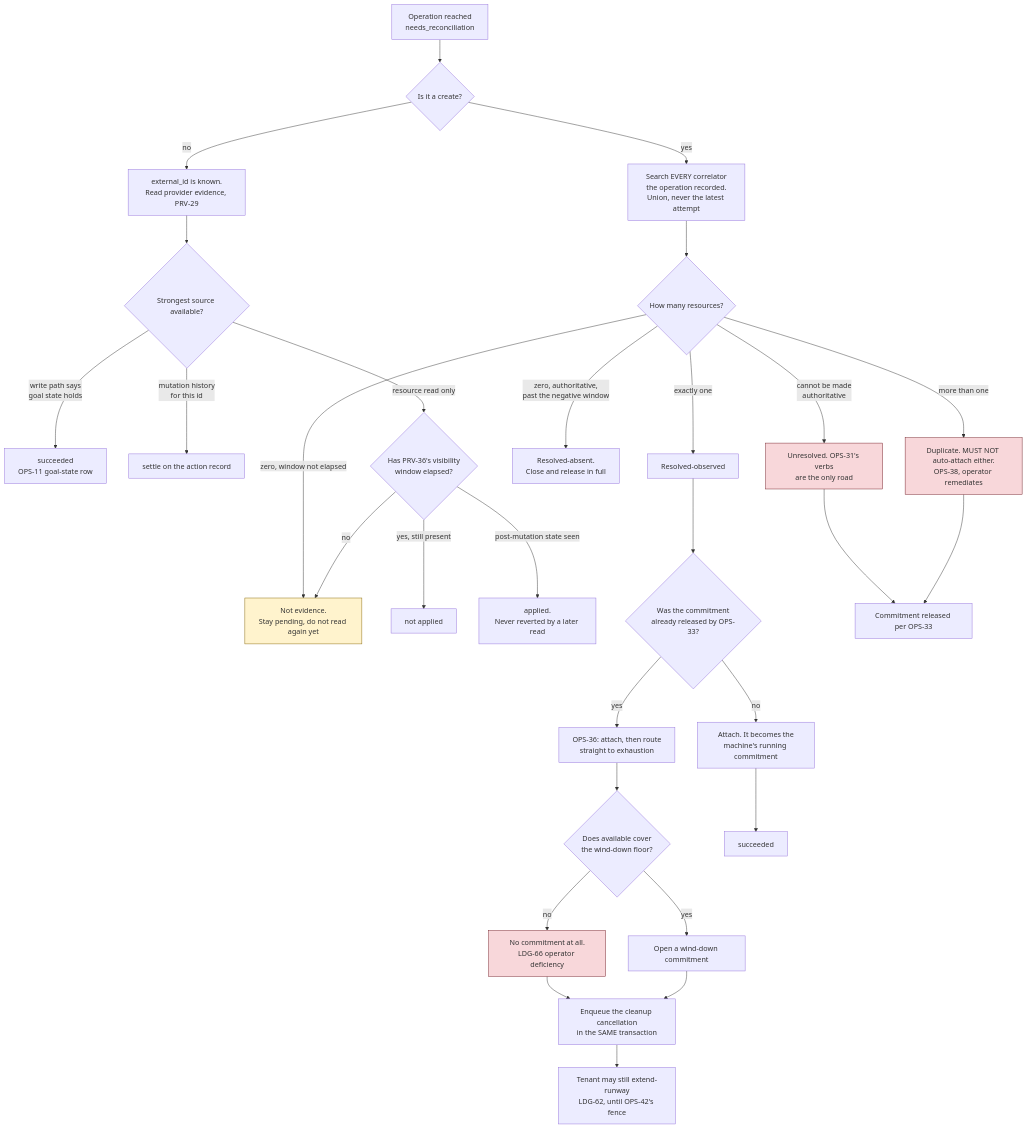
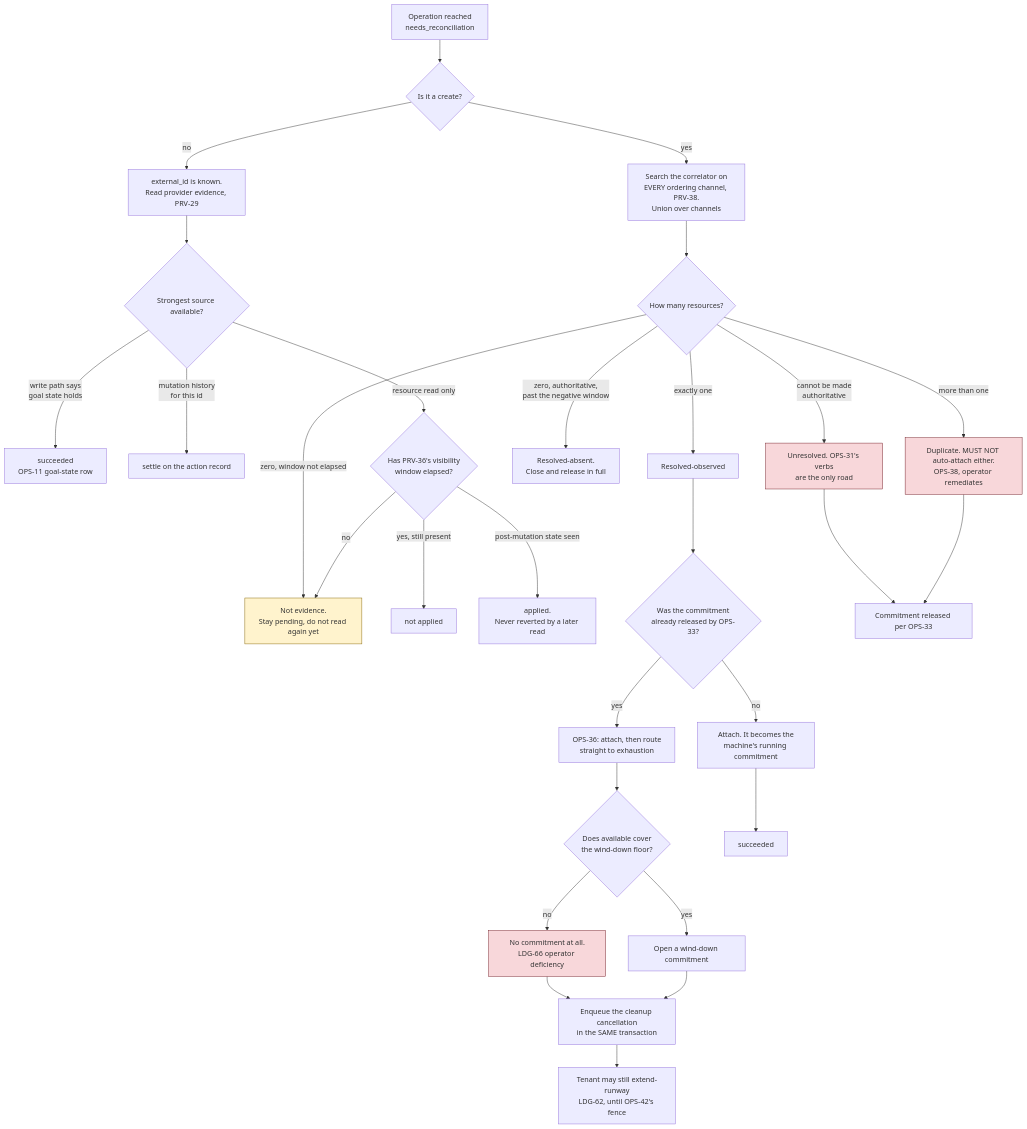
One commit to douglaz/provisiond changed the diagram in 03-operation-lifecycle.md. Above: the diagram before and after it, drawn with Mermaid. The commit also changed other lines of this file and 21 other files, not shown here.

````diff
--- a/03-operation-lifecycle.md
+++ b/03-operation-lifecycle.md
@@ -466,42 +294,42 @@
 ```mermaid
 flowchart TD
     A["Operation reached<br/>needs_reconciliation"] --> B{"Is it a create?"}
 
     B -- "no" --> C["external_id is known.<br/>Read provider evidence, PRV-29"]
     C --> C1{"Strongest source available?"}
     C1 -- "write path says<br/>goal state holds" --> DONE1["succeeded<br/>OPS-11 goal-state row"]
     C1 -- "mutation history<br/>for this id" --> DONE2["settle on the action record"]
     C1 -- "resource read only" --> C2{"Has PRV-36's visibility<br/>window elapsed?"}
     C2 -- "no" --> WAIT["Not evidence.<br/>Stay pending, do not read again yet"]
     C2 -- "yes, still present" --> NOTAPPLIED["not applied"]
     C2 -- "post-mutation state seen" --> DONE3["applied.<br/>Never reverted by a later read"]
 
-    B -- "yes" --> D["Search EVERY correlator<br/>the operation recorded.<br/>Union, never the latest attempt"]
+    B -- "yes" --> D["Search the correlator on<br/>EVERY ordering channel, PRV-38.<br/>Union over channels"]
     D --> E{"How many resources?"}
 
     E -- "exactly one" --> F["Resolved-observed"]
     F --> F1{"Was the commitment<br/>already released by OPS-33?"}
     F1 -- "no" --> G["Attach. It becomes the<br/>machine's running commitment"]
     F1 -- "yes" --> H["OPS-36: attach, then route<br/>straight to exhaustion"]
     H --> H1{"Does available cover<br/>the wind-down floor?"}
     H1 -- "yes" --> H2["Open a wind-down commitment"]
     H1 -- "no" --> H3["No commitment at all.<br/>LDG-66 operator deficiency"]
     H2 --> I["Enqueue the cleanup cancellation<br/>in the SAME transaction"]
     H3 --> I
     I --> J["Tenant may still extend-runway<br/>LDG-62, until OPS-42's fence"]
 
     E -- "zero, authoritative,<br/>past the negative window" --> K["Resolved-absent.<br/>Close and release in full"]
     E -- "zero, window not elapsed" --> WAIT
     E -- "more than one" --> L["Duplicate. MUST NOT auto-attach either.<br/>OPS-38, operator remediates"]
     E -- "cannot be made<br/>authoritative" --> M["Unresolved. OPS-31's verbs<br/>are the only road"]
 
     L --> N["Commitment released per OPS-33"]
     M --> N
 
     G --> DONE4["succeeded"]
 
     style WAIT fill:#fff3cd,stroke:#856404
     style L fill:#f8d7da,stroke:#721c24
     style M fill:#f8d7da,stroke:#721c24
     style H3 fill:#f8d7da,stroke:#721c24
 ```
````
